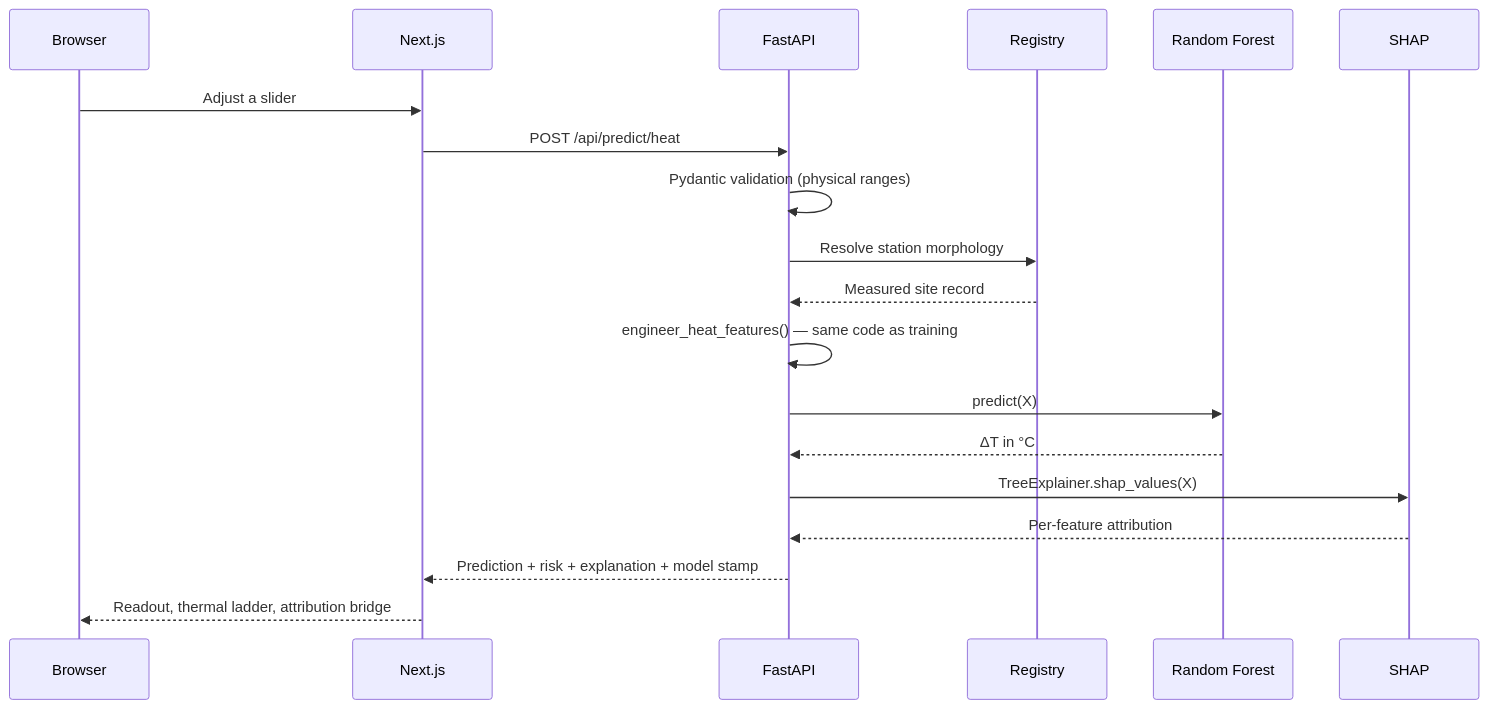
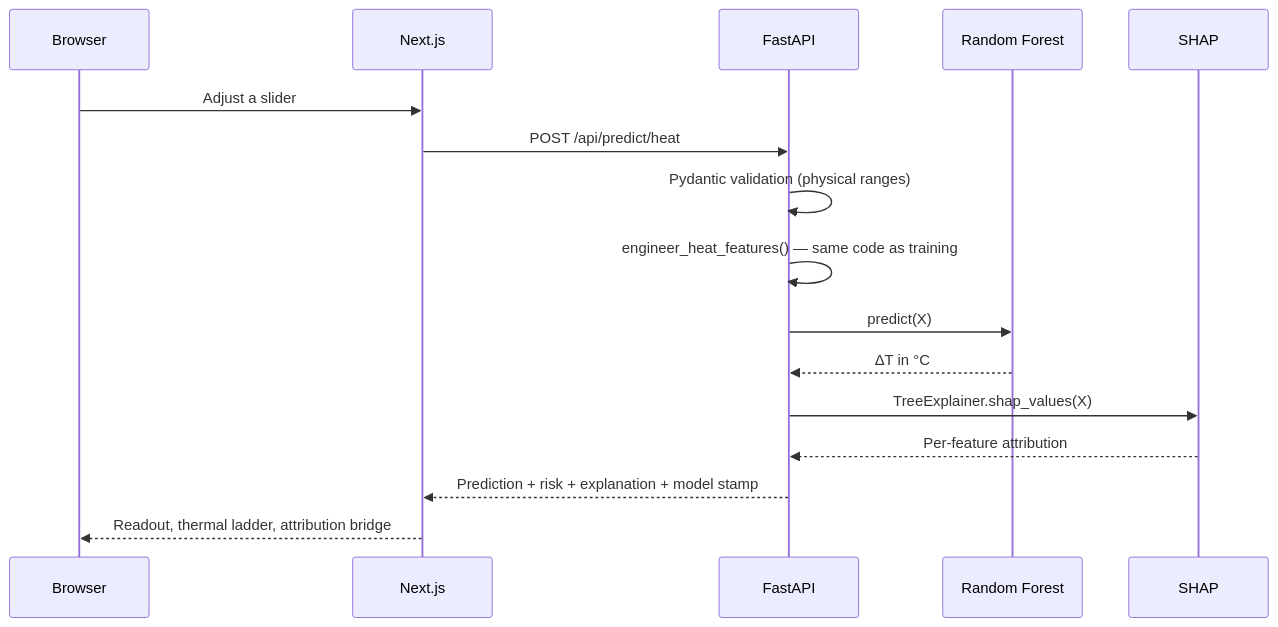
The second of 2 diagrams in README.md (aryan45sandilya/Urban-Heat-Energy-Intelligence-Engine), drawn with Mermaid before and after one commit. The commit also changed other lines of this file, not shown here.

````diff
--- a/README.md
+++ b/README.md
@@ -211,22 +75,19 @@
 ```mermaid
 sequenceDiagram
     participant U as Browser
     participant N as Next.js
     participant A as FastAPI
-    participant R as Registry
     participant M as Random Forest
     participant X as SHAP
 
     U->>N: Adjust a slider
     N->>A: POST /api/predict/heat
     A->>A: Pydantic validation (physical ranges)
-    A->>R: Resolve station morphology
-    R-->>A: Measured site record
     A->>A: engineer_heat_features() — same code as training
     A->>M: predict(X)
     M-->>A: ΔT in °C
     A->>X: TreeExplainer.shap_values(X)
     X-->>A: Per-feature attribution
     A-->>N: Prediction + risk + explanation + model stamp
     N-->>U: Readout, thermal ladder, attribution bridge
 ```
````
